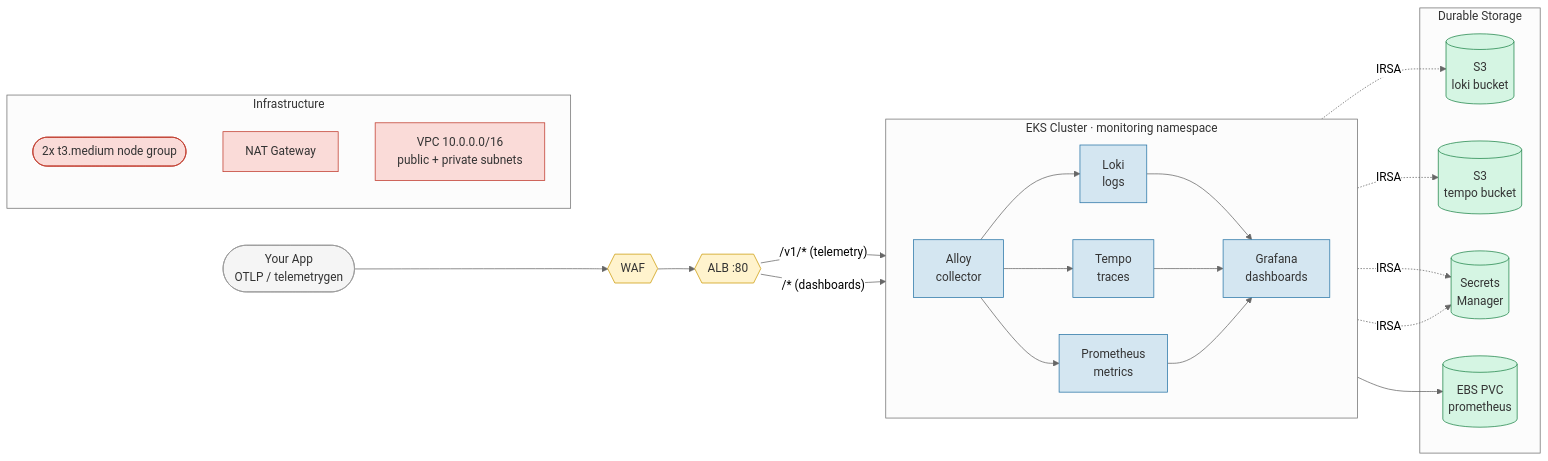
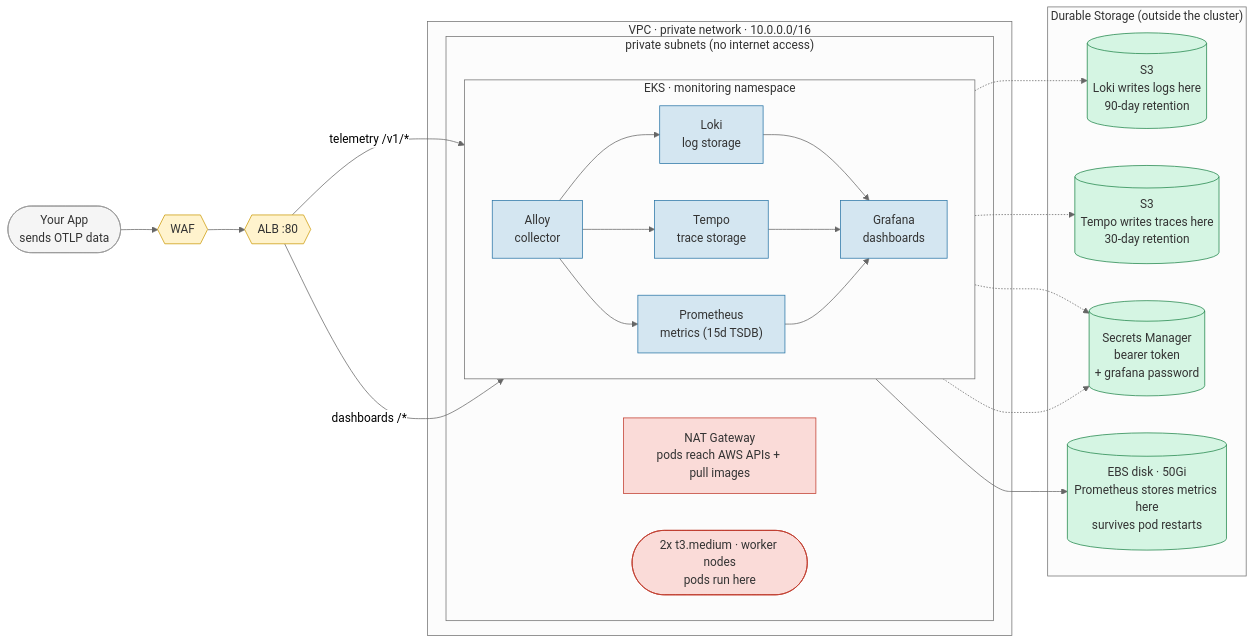
Before and after one commit to namhngo/Terraform-infra-setup: the diagram in observability/README.md, drawn with Mermaid (neutral theme). The commit also changed other lines of this file, not shown here.

Commit message:
docs(observability): rebuild diagram to explain WHY each piece exists
Replace the sparse diagram with an architecture diagram that shows the
full causal chain — not just what exists, but why:

- VPC encloses the EKS cluster (private network isolation — only the ALB
  is internet-facing)
- NAT Gateway sits inside private subnets (pods have no public IPs but
  need to pull images + reach AWS APIs)
- EBS PVC connects to Prometheus (15-day TSDB must survive pod restarts)
- Node group shown explicitly (2x t3.medium — pods run here)
- IRSA rules explained per-pod (Loki -> S3 only its bucket, Tempo -> S3
  only its bucket, Alloy -> Secrets only bearer token, etc.)

Replaced 'Why there is an ALB' with a comprehensive 'How to read this
diagram' section that explains every element: VPC, subnets, NAT Gateway,
EBS disk, node group, IRSA, WAF, and the ALB/Ingress model — all in
plain English without assuming prior Kubernetes knowledge.

````diff
--- a/observability/README.md
+++ b/observability/README.md
@@ -15,47 +15,49 @@
 ```mermaid
 flowchart LR
-    Client(["Your App\nOTLP / telemetrygen"]):::ext
+    Client(["Your App\nsends OTLP data"]):::ext
 
     WAF{{"WAF"}}:::edge
     ALB{{"ALB :80"}}:::edge
     Client --> WAF --> ALB
 
-    subgraph EKS["EKS Cluster · monitoring namespace"]
-        direction LR
-        Alloy["Alloy\ncollector"]:::compute
-        Loki["Loki\nlogs"]:::compute
-        Tempo["Tempo\ntraces"]:::compute
-        Prom["Prometheus\nmetrics"]:::compute
-        Graf["Grafana\ndashboards"]:::compute
-        Alloy --> Loki & Tempo & Prom
-        Loki & Tempo & Prom --> Graf
+    subgraph VPC["VPC · private network · 10.0.0.0/16"]
+        subgraph private["private subnets (no internet access)"]
+            NAT["NAT Gateway\npods reach AWS APIs + pull images"]:::net
+
+            subgraph EKS["EKS · monitoring namespace"]
+                direction LR
+                Alloy["Alloy\ncollector"]:::compute
+                Loki["Loki\nlog storage"]:::compute
+                Tempo["Tempo\ntrace storage"]:::compute
+                Prom["Prometheus\nmetrics (15d TSDB)"]:::compute
+                Graf["Grafana\ndashboards"]:::compute
+                Alloy --> Loki & Tempo & Prom
+                Loki & Tempo & Prom --> Graf
+            end
+
+            Nodes(["2x t3.medium · worker nodes\npods run here"]):::net
+        end
     end
 
-    ALB -- "/v1/* (telemetry)" --> Alloy
-    ALB -- "/* (dashboards)" --> Graf
+    ALB -- "telemetry /v1/*" --> Alloy
+    ALB -- "dashboards /*" --> Graf
 
-    subgraph infra["Infrastructure"]
-        Nodes(["2x t3.medium node group"]):::net
-        NAT["NAT Gateway"]:::net
-        VPC["VPC 10.0.0.0/16\npublic + private subnets"]:::net
+    subgraph store["Durable Storage (outside the cluster)"]
+        S3L[("S3\nLoki writes logs here\n90-day retention")]:::storage
+        S3T[("S3\nTempo writes traces here\n30-day retention")]:::storage
+        SM[("Secrets Manager\nbearer token\n+ grafana password")]:::storage
+        PVC[("EBS disk · 50Gi\nPrometheus stores metrics here\nsurvives pod restarts")]:::storage
     end
 
-    subgraph store["Durable Storage"]
-        S3L[("S3\nloki bucket")]:::storage
-        S3T[("S3\ntempo bucket")]:::storage
-        SM[("Secrets\nManager")]:::storage
-        PVC[("EBS PVC\nprometheus")]:::storage
-    end
-
-    Loki -.IRSA.-> S3L
-    Tempo -.IRSA.-> S3T
-    Alloy -.IRSA.-> SM
-    Graf -.IRSA.-> SM
+    Loki -.-> S3L
+    Tempo -.-> S3T
+    Alloy -.-> SM
+    Graf -.-> SM
     Prom --> PVC
 
     classDef ext fill:#f5f5f5,stroke:#999,color:#333
     classDef edge fill:#fff3cd,stroke:#cc9a06,color:#333
     classDef compute fill:#d4e6f1,stroke:#2874a6,color:#333
     classDef net fill:#fadbd8,stroke:#c0392b,color:#333
     classDef storage fill:#d5f5e3,stroke:#1e8449,color:#333
 ```
````
